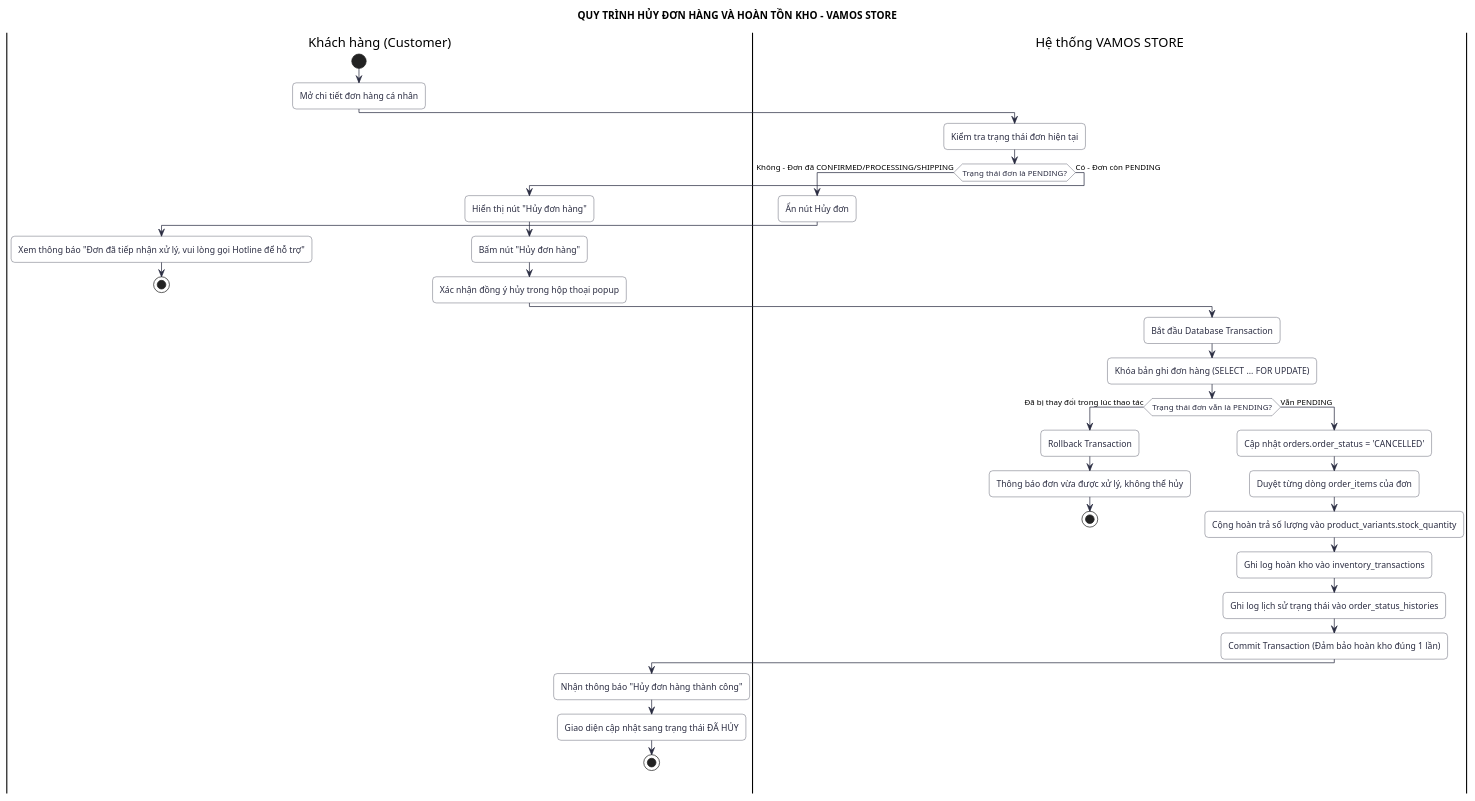
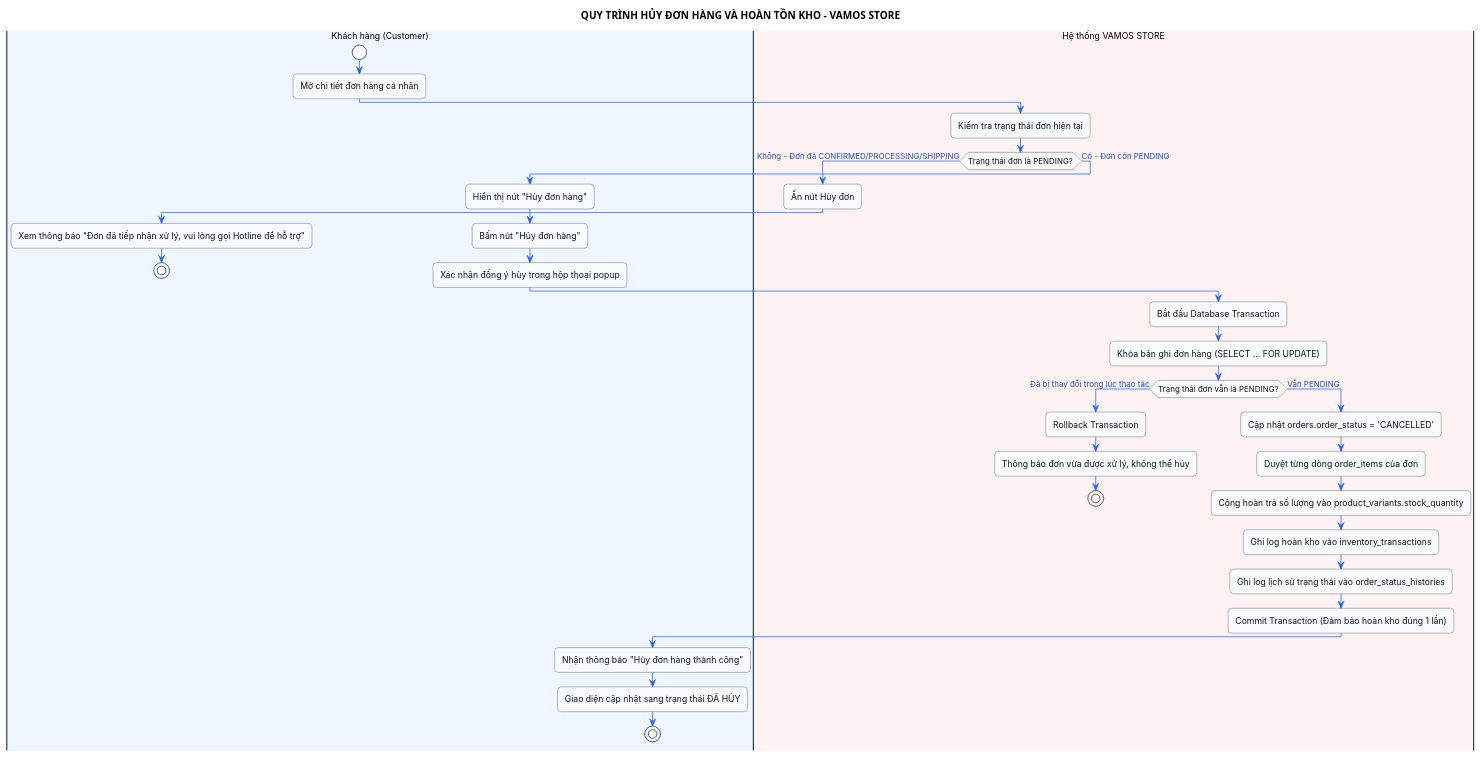
Before and after one commit to dungtttd01702-coder/vamos-store: the diagram in labs/Lab 3 - Activity Diagram/ad-04-order-cancellation.puml, drawn with PlantUML. The commit also changed 35 other files, not shown here.

Commit message:
feat(diagrams): modernize ERD, Use Case, and Activity diagrams with executive color palette, update print reports, and rebuild lab archives

```diff
--- a/labs/Lab 3 - Activity Diagram/ad-04-order-cancellation.puml
+++ b/labs/Lab 3 - Activity Diagram/ad-04-order-cancellation.puml
@@ -1,47 +1,72 @@
 @startuml ad-04-order-cancellation
 title QUY TRÌNH HỦY ĐƠN HÀNG VÀ HOÀN TỒN KHO - VAMOS STORE
-skinparam backgroundColor #FFFFFF
-skinparam shadowing false
-skinparam roundcorner 10
-skinparam ActivityBackgroundColor #FFFFFF
-skinparam ActivityBorderColor #2B2D42
-skinparam ActivityFontColor #2B2D42
-skinparam ArrowColor #2B2D42
 
-|Khách hàng (Customer)|
+<style>
+  activityDiagram {
+    BackgroundColor #FFFFFF
+    LineColor #1E293B
+    FontName "Segoe UI", "Inter", Arial, Sans-Serif
+    FontSize 12
+    RoundCorner 10
+    Diamond {
+      BackgroundColor #FEF3C7
+      LineColor #D97706
+      FontColor #92400E
+      FontSize 11
+    }
+    activity {
+      BackgroundColor #F8FAFC
+      LineColor #334155
+      FontColor #0F172A
+    }
+    arrow {
+      LineColor #2563EB
+      FontColor #1D4ED8
+      FontSize 11
+    }
+    partition {
+      BackgroundColor #F1F5F9
+      LineColor #94A3B8
+      FontColor #0F172A
+      RoundCorner 8
+    }
+  }
+</style>
+
+|#EFF6FF|Khách hàng (Customer)|
 start
 :Mở chi tiết đơn hàng cá nhân;
-|Hệ thống VAMOS STORE|
+|#F8FAFC|Hệ thống VAMOS STORE|
 :Kiểm tra trạng thái đơn hiện tại;
 if (Trạng thái đơn là PENDING?) then (Không - Đơn đã CONFIRMED/PROCESSING/SHIPPING)
     :Ẩn nút Hủy đơn;
-    |Khách hàng (Customer)|
+    |#EFF6FF|Khách hàng (Customer)|
     :Xem thông báo "Đơn đã tiếp nhận xử lý, vui lòng gọi Hotline để hỗ trợ";
     stop
 else (Có - Đơn còn PENDING)
     :Hiển thị nút "Hủy đơn hàng";
-    |Khách hàng (Customer)|
+    |#EFF6FF|Khách hàng (Customer)|
     :Bấm nút "Hủy đơn hàng";
     :Xác nhận đồng ý hủy trong hộp thoại popup;
     
-    |Hệ thống VAMOS STORE|
+    |#FEF2F2|Hệ thống VAMOS STORE|
     :Bắt đầu Database Transaction;
     :Khóa bản ghi đơn hàng (SELECT ... FOR UPDATE);
     if (Trạng thái đơn vẫn là PENDING?) then (Đã bị thay đổi trong lúc thao tác)
         :Rollback Transaction;
         :Thông báo đơn vừa được xử lý, không thể hủy;
         stop
     else (Vẫn PENDING)
         :Cập nhật orders.order_status = 'CANCELLED';
         :Duyệt từng dòng order_items của đơn;
         :Cộng hoàn trả số lượng vào product_variants.stock_quantity;
         :Ghi log hoàn kho vào inventory_transactions;
         :Ghi log lịch sử trạng thái vào order_status_histories;
         :Commit Transaction (Đảm bảo hoàn kho đúng 1 lần);
-        |Khách hàng (Customer)|
+        |#EFF6FF|Khách hàng (Customer)|
         :Nhận thông báo "Hủy đơn hàng thành công";
         :Giao diện cập nhật sang trạng thái ĐÃ HỦY;
         stop
     endif
 endif
 @enduml
```
